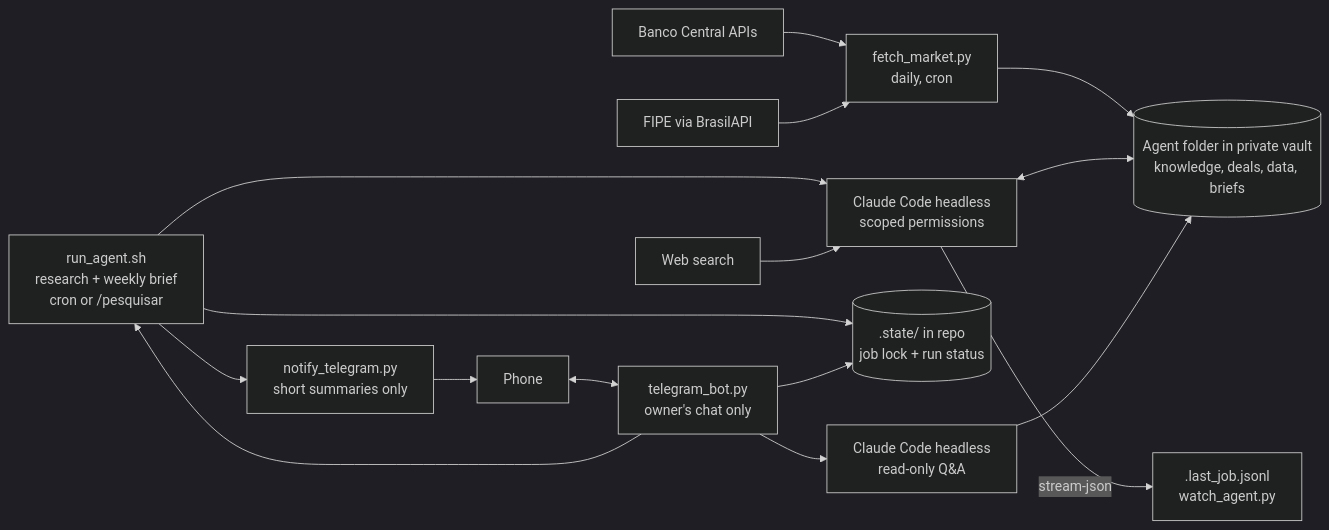
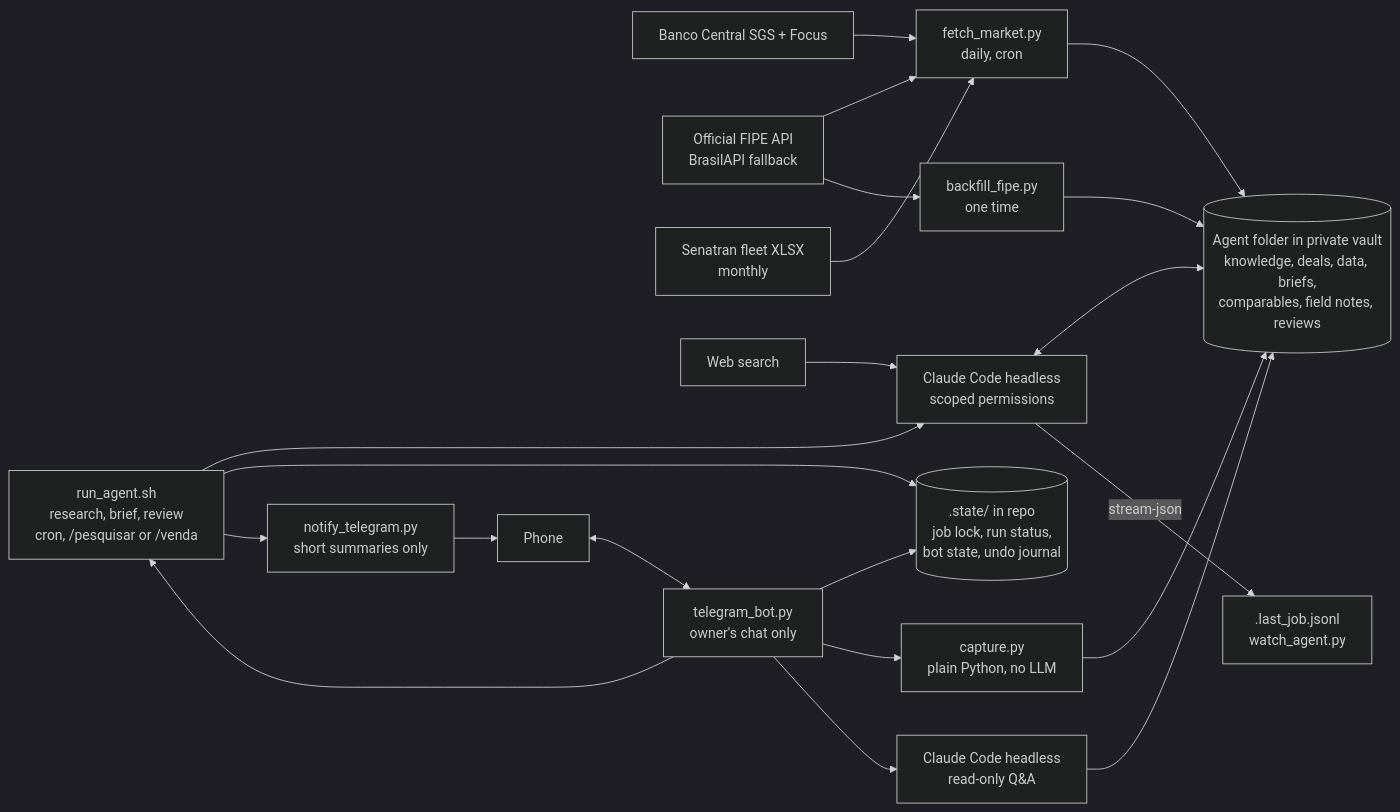
The diagram in README.md (snowdevelops/vault-market-agent), drawn with Mermaid (dark theme) before and after one commit. The commit also changed other lines of this file, not shown here.

First line of the commit message:
Document captures, new data sources and the review job

````diff
--- a/README.md
+++ b/README.md
@@ -17,18 +18,23 @@
 ```mermaid
 flowchart LR
-    BCB[Banco Central APIs] --> F[fetch_market.py<br/>daily, cron]
-    FIPE[FIPE via BrasilAPI] --> F
-    F --> V[(Agent folder in private vault<br/>knowledge, deals, data, briefs)]
-    R[run_agent.sh<br/>research + weekly brief<br/>cron or /pesquisar] --> C[Claude Code headless<br/>scoped permissions]
+    BCB[Banco Central SGS + Focus] --> F[fetch_market.py<br/>daily, cron]
+    FIPE[Official FIPE API<br/>BrasilAPI fallback] --> F
+    SEN[Senatran fleet XLSX<br/>monthly] --> F
+    FIPE --> BF[backfill_fipe.py<br/>one time]
+    F --> V[(Agent folder in private vault<br/>knowledge, deals, data, briefs,<br/>comparables, field notes, reviews)]
+    BF --> V
+    R[run_agent.sh<br/>research, brief, review<br/>cron, /pesquisar or /venda] --> C[Claude Code headless<br/>scoped permissions]
     W[Web search] --> C
     C <--> V
-    R --> S[(.state/ in repo<br/>job lock + run status)]
+    R --> S[(.state/ in repo<br/>job lock, run status,<br/>bot state, undo journal)]
     C -- stream-json --> L[.last_job.jsonl<br/>watch_agent.py]
     R --> N[notify_telegram.py<br/>short summaries only]
     N --> P[Phone]
     P <--> B[telegram_bot.py<br/>owner's chat only]
     B --> S
     B --> R
+    B --> K[capture.py<br/>plain Python, no LLM]
+    K --> V
     B --> Q[Claude Code headless<br/>read-only Q&A]
     Q --> V
 ```
````
